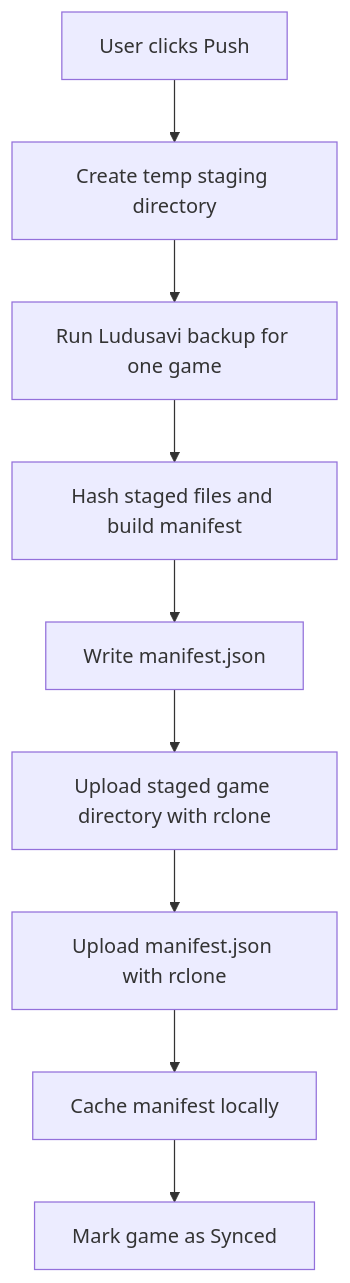
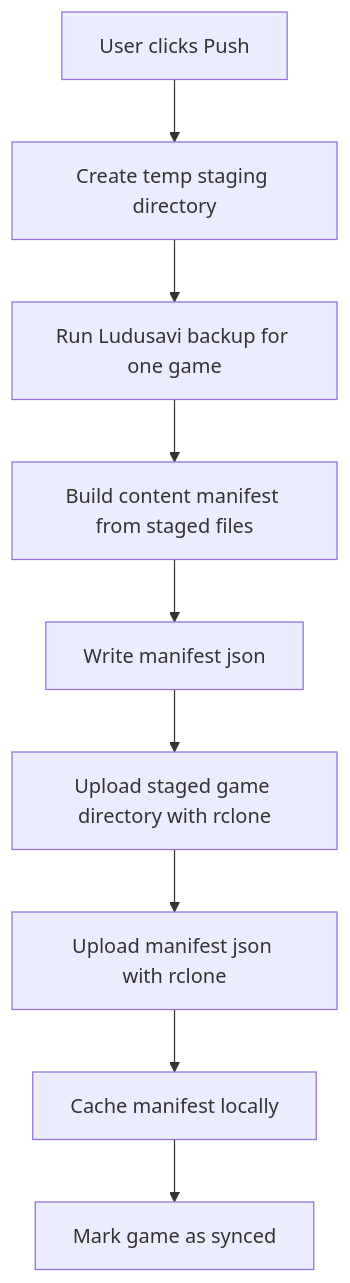
Before and after one commit to d1p/savesync: the first of 3 diagrams in docs/USER_GUIDE.md, drawn with Mermaid. The commit also changed other lines of this file and 1 other file, not shown here.

Commit message:
docs: fix Mermaid syntax for GitHub rendering

````diff
--- a/docs/USER_GUIDE.md
+++ b/docs/USER_GUIDE.md
@@ -77,11 +77,11 @@
 ```mermaid
 flowchart TD
     A[User clicks Push] --> B[Create temp staging directory]
     B --> C[Run Ludusavi backup for one game]
-    C --> D[Hash staged files and build manifest]
-    D --> E[Write manifest.json]
+    C --> D[Build content manifest from staged files]
+    D --> E[Write manifest json]
     E --> F[Upload staged game directory with rclone]
-    F --> G[Upload manifest.json with rclone]
+    F --> G[Upload manifest json with rclone]
     G --> H[Cache manifest locally]
-    H --> I[Mark game as Synced]
+    H --> I[Mark game as synced]
 ```
````
